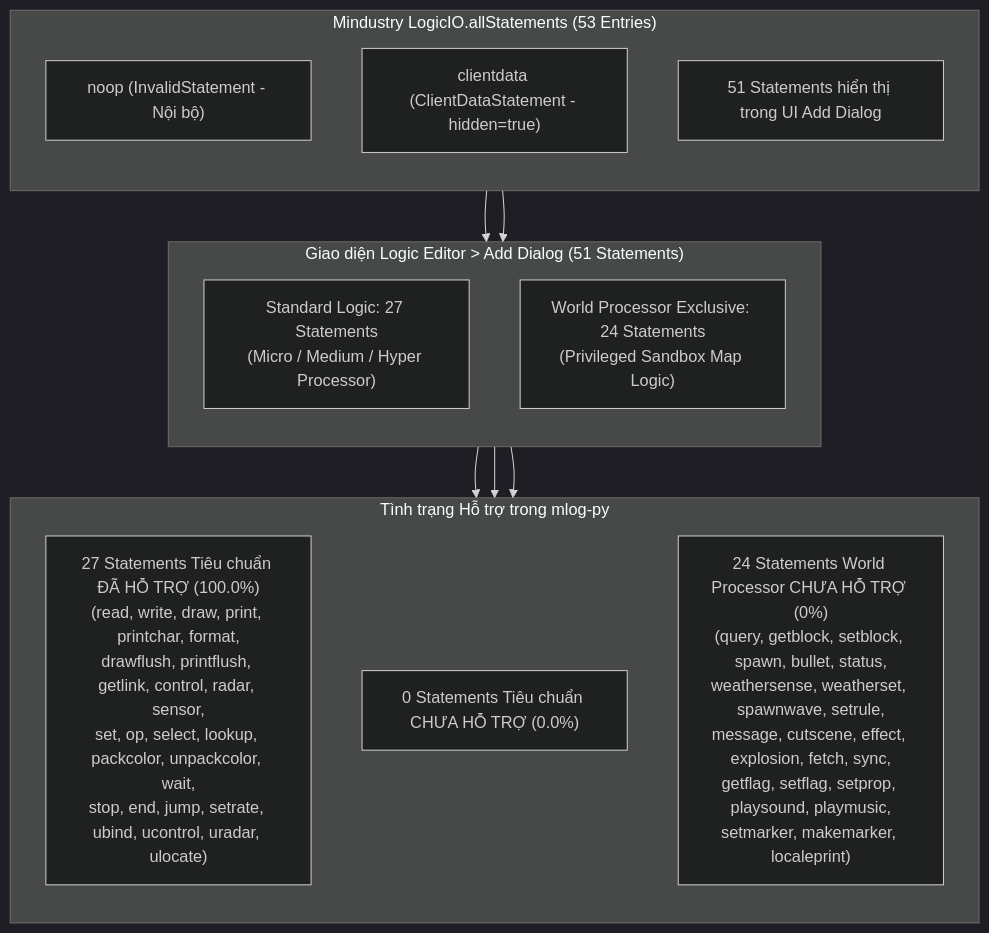
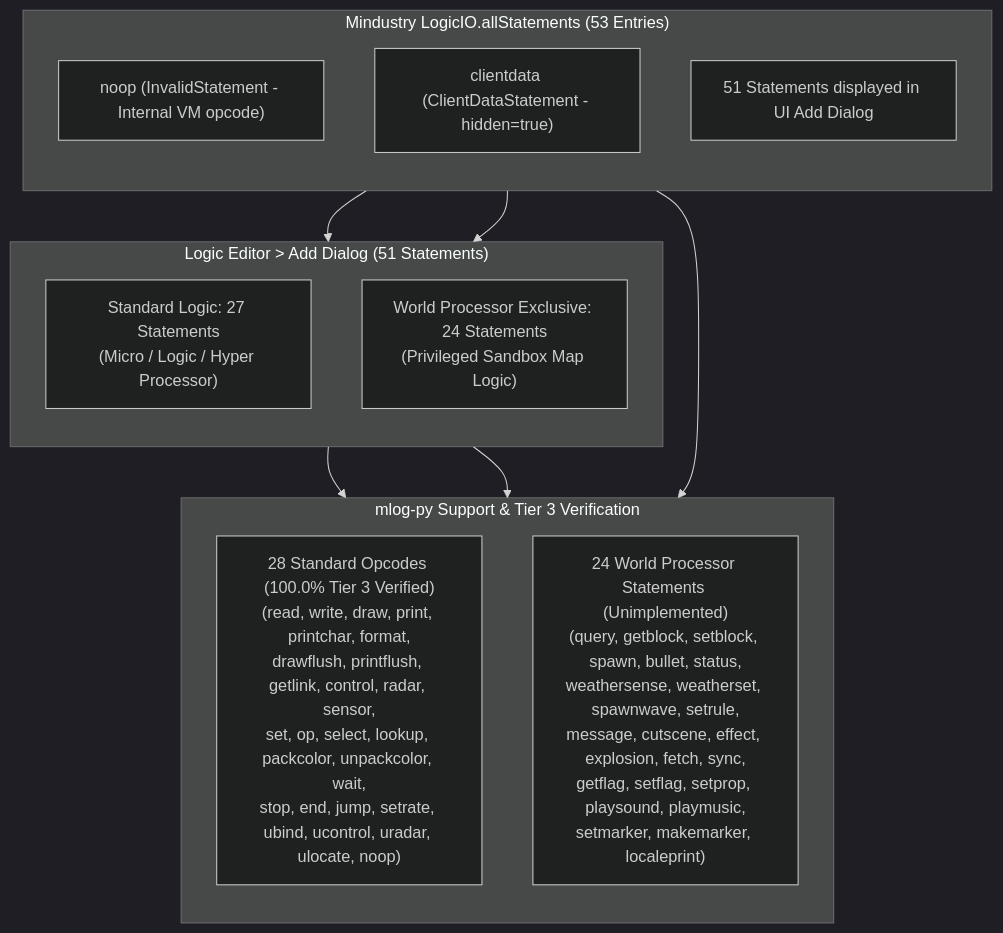
One commit to annguyen2k8/mlog-py changed the diagram in docs/mlog-command-coverage.md. Above: the diagram before and after it, drawn with Mermaid (dark theme). The commit also changed other lines of this file and 48 other files, not shown here.

First line of the commit message:
feat: complete Tier 3 runtime and Tier 4 World Processor opcodes (100% Mindustry v160.7 coverage)

````diff
--- a/docs/mlog-command-coverage.md
+++ b/docs/mlog-command-coverage.md
@@ -53,28 +60,27 @@
 ```mermaid
 flowchart TD
     subgraph EngineRegistry["Mindustry LogicIO.allStatements (53 Entries)"]
         direction TB
-        NOOP["noop (InvalidStatement - Nội bộ)"]
+        NOOP["noop (InvalidStatement - Internal VM opcode)"]
         CLIENTDATA["clientdata (ClientDataStatement - hidden=true)"]
-        UI_ALL["51 Statements hiển thị trong UI Add Dialog"]
+        UI_ALL["51 Statements displayed in UI Add Dialog"]
     end
 
-    subgraph UIDialog["Giao diện Logic Editor > Add Dialog (51 Statements)"]
+    subgraph UIDialog["Logic Editor > Add Dialog (51 Statements)"]
         direction TB
-        STD["Standard Logic: 27 Statements\n(Micro / Medium / Hyper Processor)"]
+        STD["Standard Logic: 27 Statements\n(Micro / Logic / Hyper Processor)"]
         WORLD["World Processor Exclusive: 24 Statements\n(Privileged Sandbox Map Logic)"]
     end
 
-    subgraph MlogPyCoverage["Tình trạng Hỗ trợ trong mlog-py"]
+    subgraph MlogPyCoverage["mlog-py Support & Tier 3 Verification"]
         direction TB
-        SUP_STD["27 Statements Tiêu chuẩn ĐÃ HỖ TRỢ (100.0%)\n(read, write, draw, print, printchar, format,\ndrawflush, printflush, getlink, control, radar, sensor,\nset, op, select, lookup, packcolor, unpackcolor, wait,\nstop, end, jump, setrate, ubind, ucontrol, uradar, ulocate)"]
-        UNSUP_STD["0 Statements Tiêu chuẩn CHƯA HỖ TRỢ (0.0%)"]
-        UNSUP_WORLD["24 Statements World Processor CHƯA HỖ TRỢ (0%)\n(query, getblock, setblock, spawn, bullet, status,\nweathersense, weatherset, spawnwave, setrule,\nmessage, cutscene, effect, explosion, fetch, sync,\ngetflag, setflag, setprop, playsound, playmusic,\nsetmarker, makemarker, localeprint)"]
+        SUP_STD["28 Standard Opcodes (100.0% Tier 3 Verified)\n(read, write, draw, print, printchar, format,\ndrawflush, printflush, getlink, control, radar, sensor,\nset, op, select, lookup, packcolor, unpackcolor, wait,\nstop, end, jump, setrate, ubind, ucontrol, uradar, ulocate, noop)"]
+        UNSUP_WORLD["24 World Processor Statements (Unimplemented)\n(query, getblock, setblock, spawn, bullet, status,\nweathersense, weatherset, spawnwave, setrule,\nmessage, cutscene, effect, explosion, fetch, sync,\ngetflag, setflag, setprop, playsound, playmusic,\nsetmarker, makemarker, localeprint)"]
     end
 
     UI_ALL --> STD
     UI_ALL --> WORLD
     STD --> SUP_STD
-    STD --> UNSUP_STD
+    NOOP --> SUP_STD
     WORLD --> UNSUP_WORLD
 ```
````
